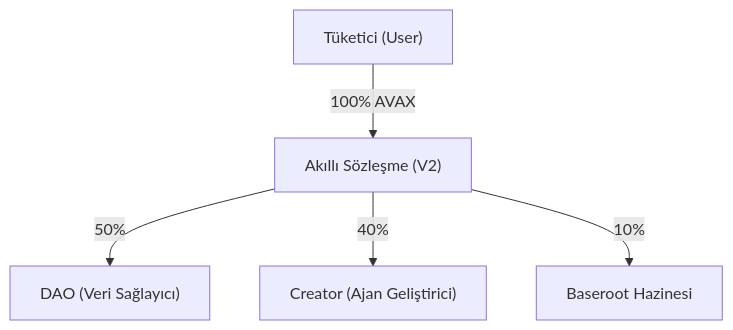
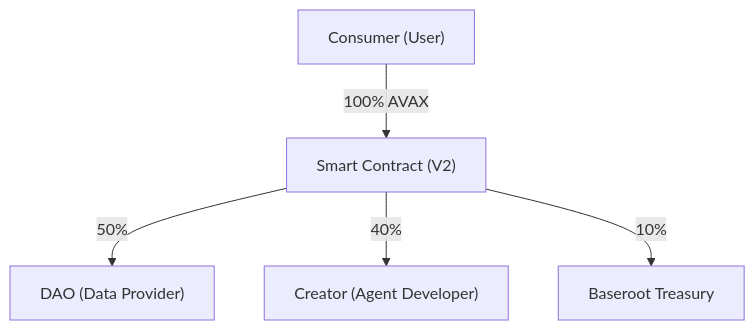
The diagram in README.md (seyitgrbzpng/new-baserootv2-poc), drawn with Mermaid before and after one commit. The commit also changed other lines of this file, not shown here.

````diff
--- a/README.md
+++ b/README.md
@@ -18,7 +18,7 @@
 ```mermaid
 graph TD
-    User["Tüketici (User)"] -- 100% AVAX --> Contract["Akıllı Sözleşme (V2)"]
-    Contract -- 50% --> DAO["DAO (Veri Sağlayıcı)"]
-    Contract -- 40% --> Creator["Creator (Ajan Geliştirici)"]
-    Contract -- 10% --> Protocol["Baseroot Hazinesi"]
+    User["Consumer (User)"] -- 100% AVAX --> Contract["Smart Contract (V2)"]
+    Contract -- 50% --> DAO["DAO (Data Provider)"]
+    Contract -- 40% --> Creator["Creator (Agent Developer)"]
+    Contract -- 10% --> Protocol["Baseroot Treasury"]
 ```
````
